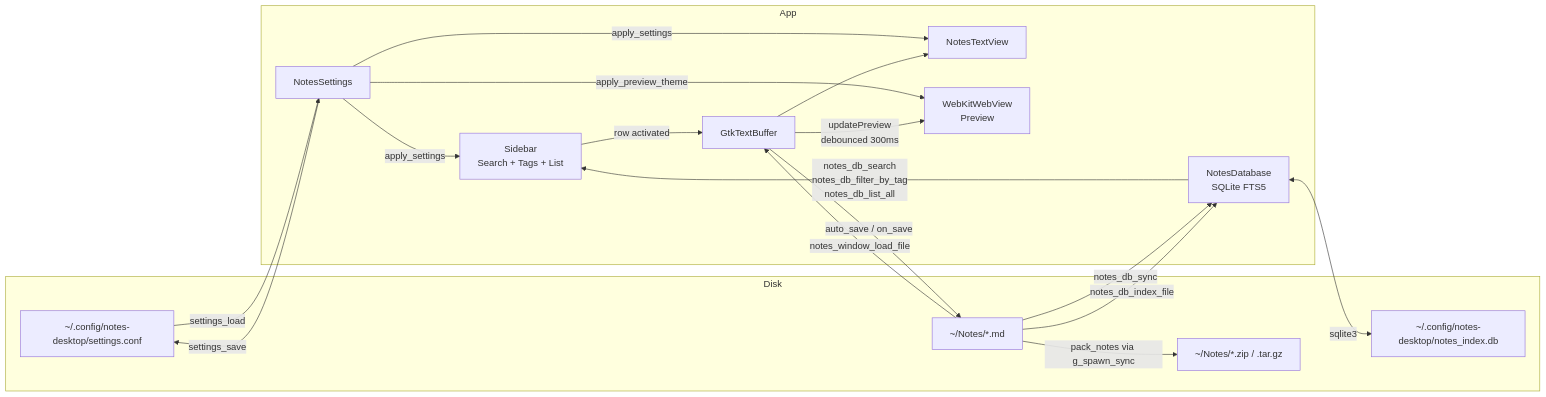
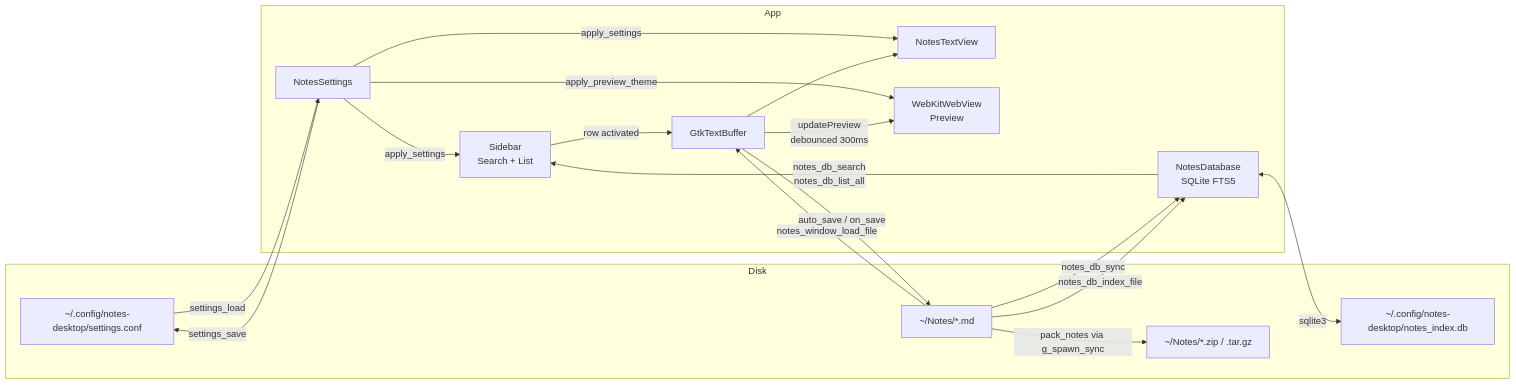
One commit to dkrse/notes-desktop changed the fourth of 7 diagrams in docs/diagrams.md. Above: the diagram before and after it, drawn with Mermaid. The commit also changed other lines of this file and 10 other files, not shown here.

````diff
--- a/docs/diagrams.md
+++ b/docs/diagrams.md
@@ -153,37 +148,37 @@
 ```mermaid
 flowchart LR
     subgraph Disk
         CF[~/.config/notes-desktop/settings.conf]
         DB[~/.config/notes-desktop/notes_index.db]
         NF[~/Notes/*.md]
         AR[~/Notes/*.zip / .tar.gz]
     end
 
     subgraph App
         S[NotesSettings]
         IDX[NotesDatabase<br/>SQLite FTS5]
         B[GtkTextBuffer]
         TV[NotesTextView]
         PV[WebKitWebView<br/>Preview]
-        SB[Sidebar<br/>Search + Tags + List]
+        SB[Sidebar<br/>Search + List]
     end
 
     CF -->|settings_load| S
     S -->|settings_save| CF
 
     NF -->|notes_db_sync| IDX
     NF -->|notes_window_load_file| B
     B -->|auto_save / on_save| NF
     NF -->|notes_db_index_file| IDX
     NF -->|pack_notes via g_spawn_sync| AR
 
-    IDX -->|notes_db_search<br/>notes_db_filter_by_tag<br/>notes_db_list_all| SB
+    IDX -->|notes_db_search<br/>notes_db_list_all| SB
     IDX <-->|sqlite3| DB
 
     S -->|apply_settings| TV
     S -->|apply_settings| SB
     S -->|apply_preview_theme| PV
     B --> TV
     B -->|updatePreview<br/>debounced 300ms| PV
     SB -->|row activated| B
 ```
````
